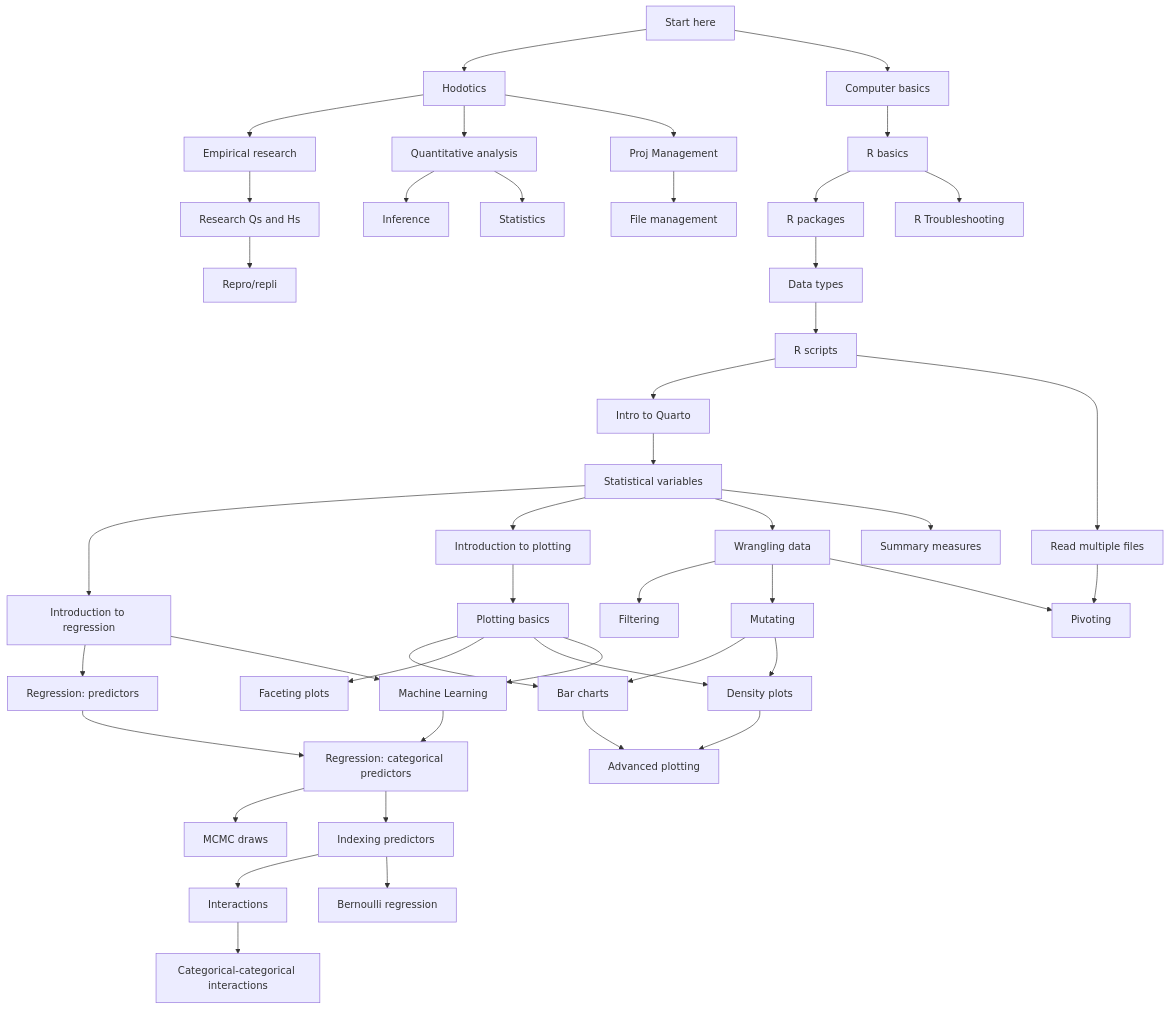
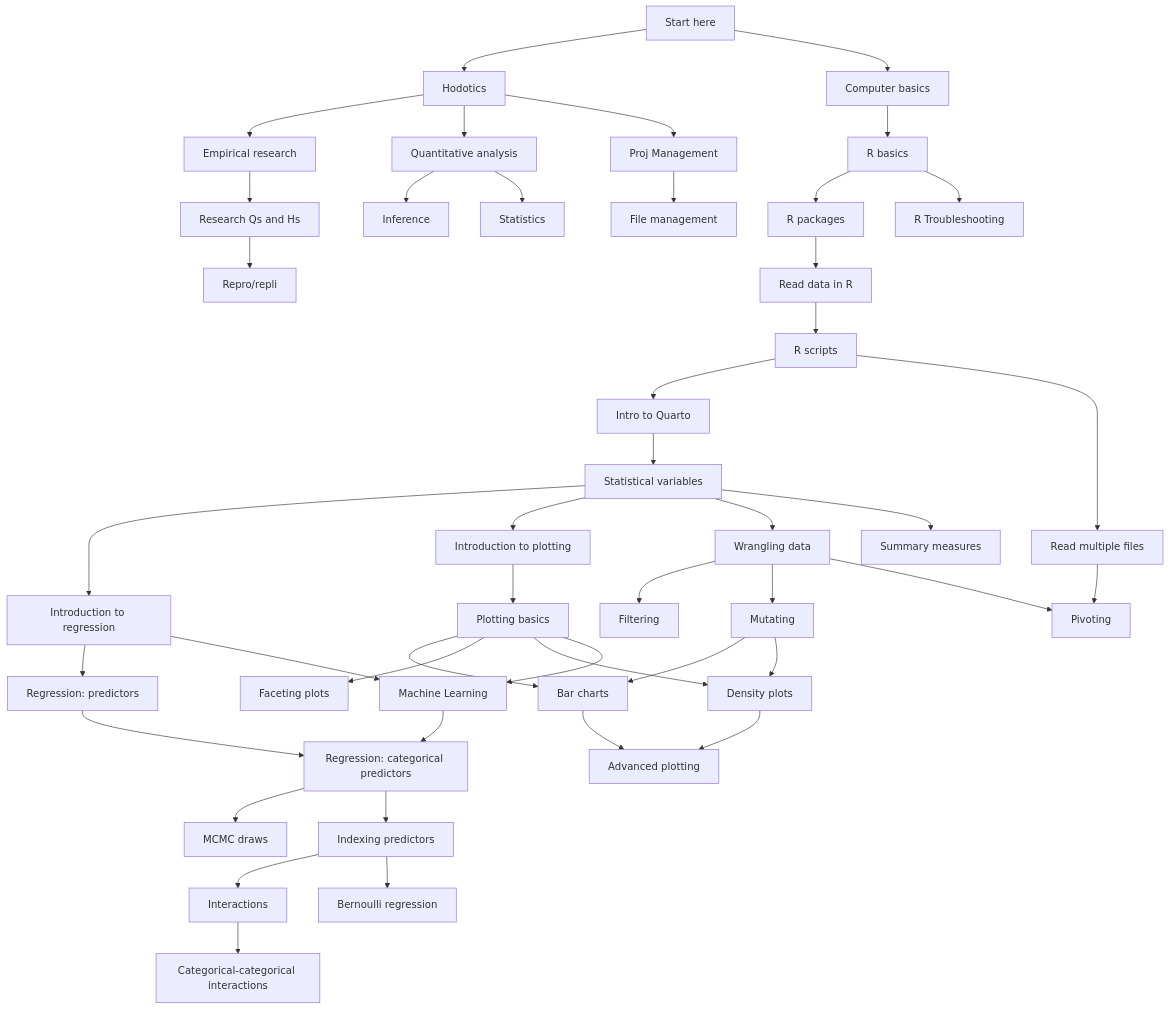
Before and after one commit to uoelel/qml: the diagram in map.qmd, drawn with Mermaid. The commit also changed other lines of this file and 12 other files, not shown here.

```diff
--- a/map.qmd
+++ b/map.qmd
@@ -26,7 +26,7 @@
   click F href "posts/intro-quarto.html" "Go to page"
   G[R Troubleshooting]
   click G href "posts/r-troubleshooting.html" "Go to page"
-  H[Data types]
+  H[Read data in R]
   click H href "posts/data-types.html" "Go to page"
   I[Read multiple files]
   click I href "posts/import-multiple.html" "Go to page"
```
